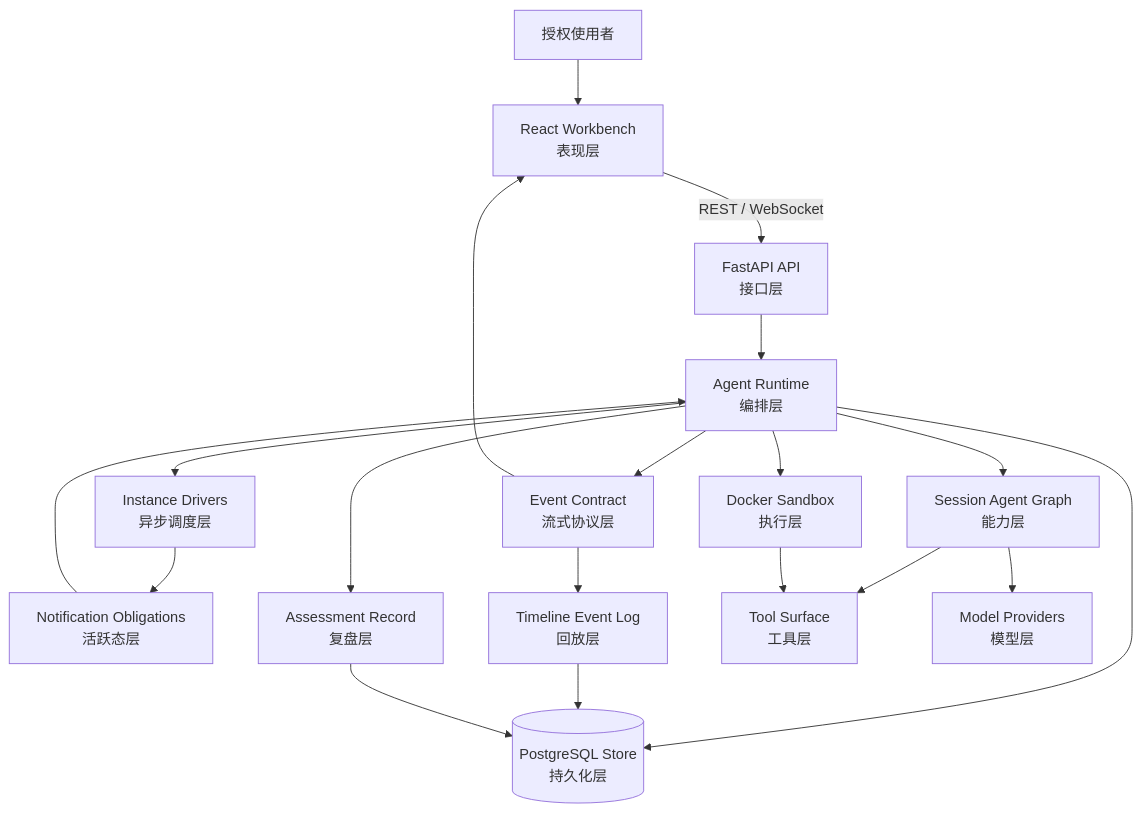
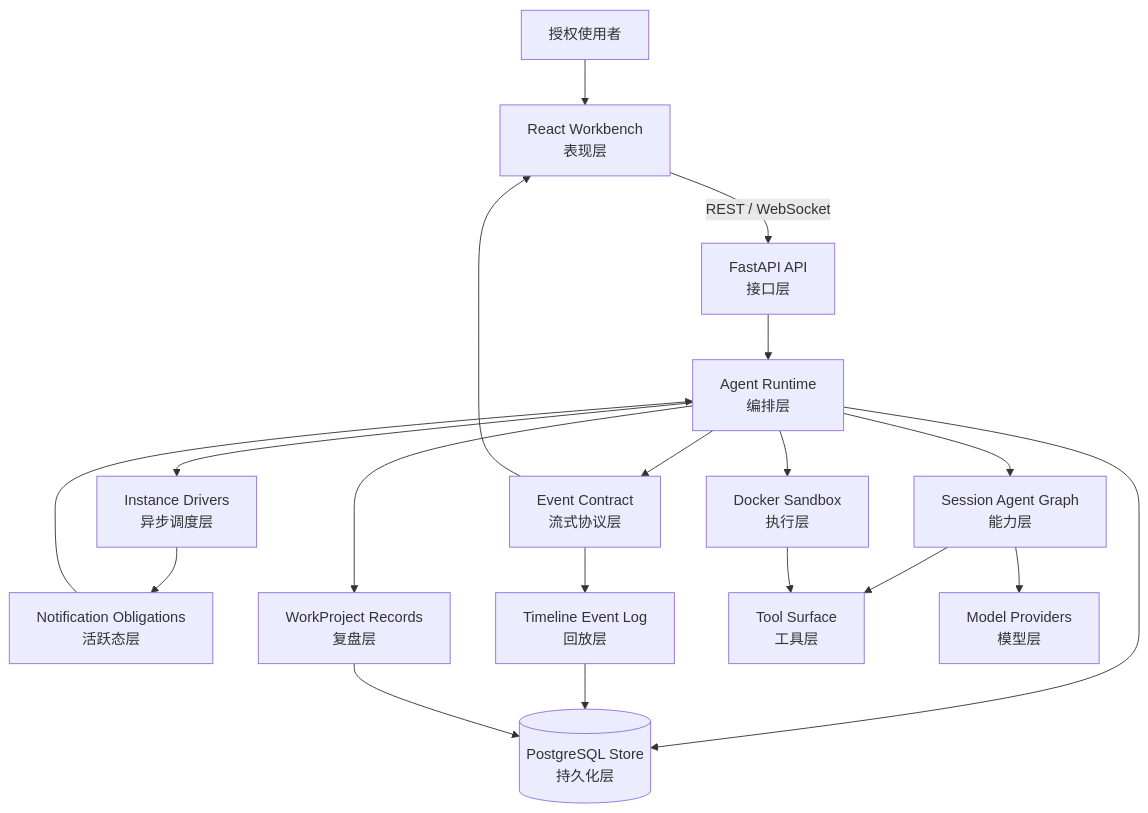
The first of 6 diagrams in README_zh.md (MolTau9527/Z3r0), drawn with Mermaid before and after one commit. The commit also changed other lines of this file and 66 other files, not shown here.

Commit message:
feat: Add WorkProject attack-chain graph with auditable records

````diff
--- a/README_zh.md
+++ b/README_zh.md
@@ -38,36 +39,36 @@
 ```mermaid
 flowchart TB
   Operator["授权使用者"]
   Workbench["React Workbench<br/>表现层"]
   API["FastAPI API<br/>接口层"]
   Runtime["Agent Runtime<br/>编排层"]
   Drivers["Instance Drivers<br/>异步调度层"]
   Notifications["Notification Obligations<br/>活跃态层"]
   Graph["Session Agent Graph<br/>能力层"]
   Timeline["Timeline Event Log<br/>回放层"]
-  Record["Assessment Record<br/>复盘层"]
+  Record["WorkProject Records<br/>复盘层"]
   Sandbox["Docker Sandbox<br/>执行层"]
   Tools["Tool Surface<br/>工具层"]
   Models["Model Providers<br/>模型层"]
   Events["Event Contract<br/>流式协议层"]
   Store[("PostgreSQL Store<br/>持久化层")]
 
   Operator --> Workbench
   Workbench -->|REST / WebSocket| API
   API --> Runtime
   Runtime --> Drivers
   Runtime --> Graph
   Runtime --> Record
   Runtime --> Sandbox
   Runtime --> Events
   Runtime --> Store
   Drivers --> Notifications
   Notifications --> Runtime
   Events --> Timeline
   Timeline --> Store
   Graph --> Tools
   Graph --> Models
   Sandbox --> Tools
   Record --> Store
   Events --> Workbench
 ```
````
